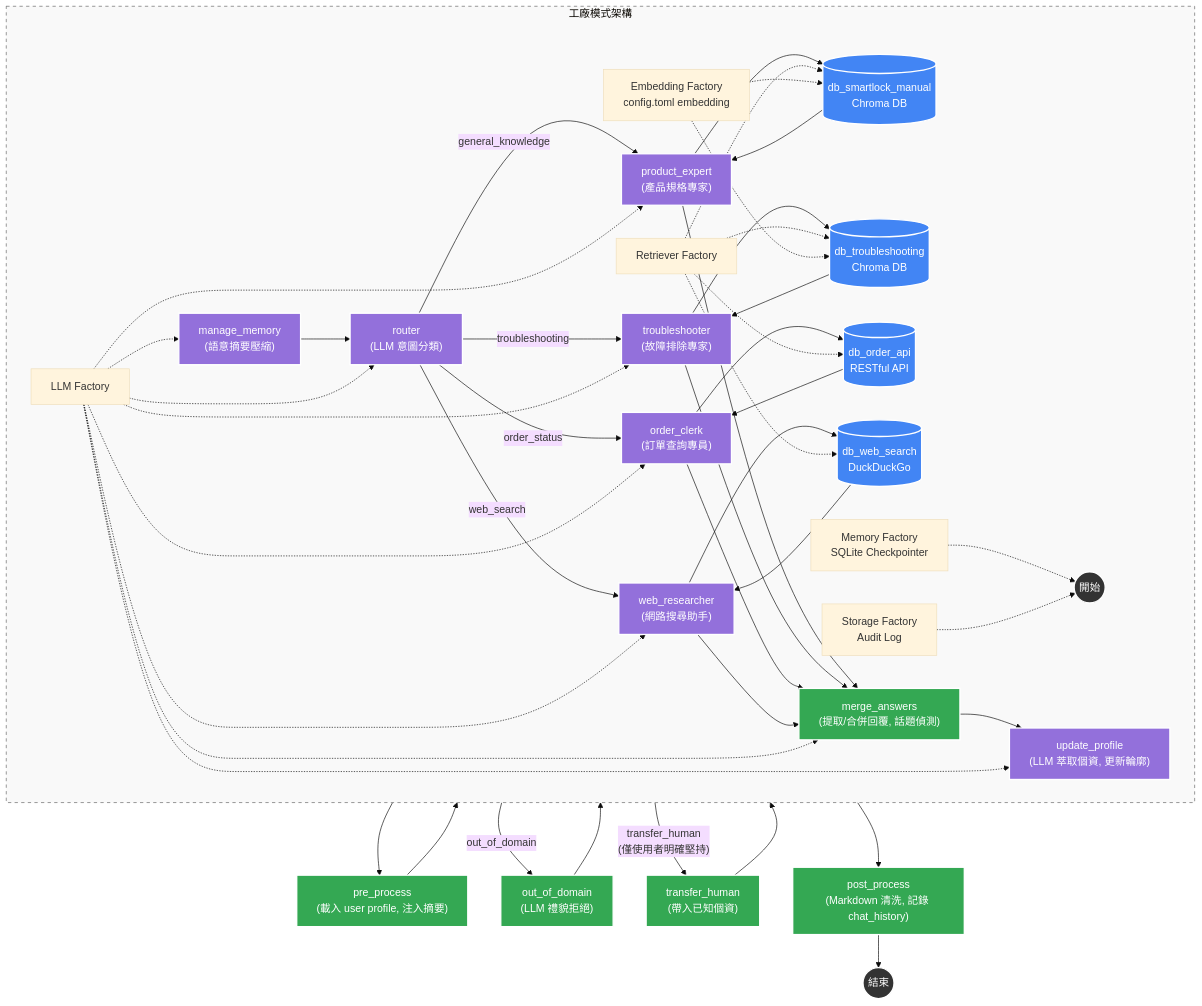
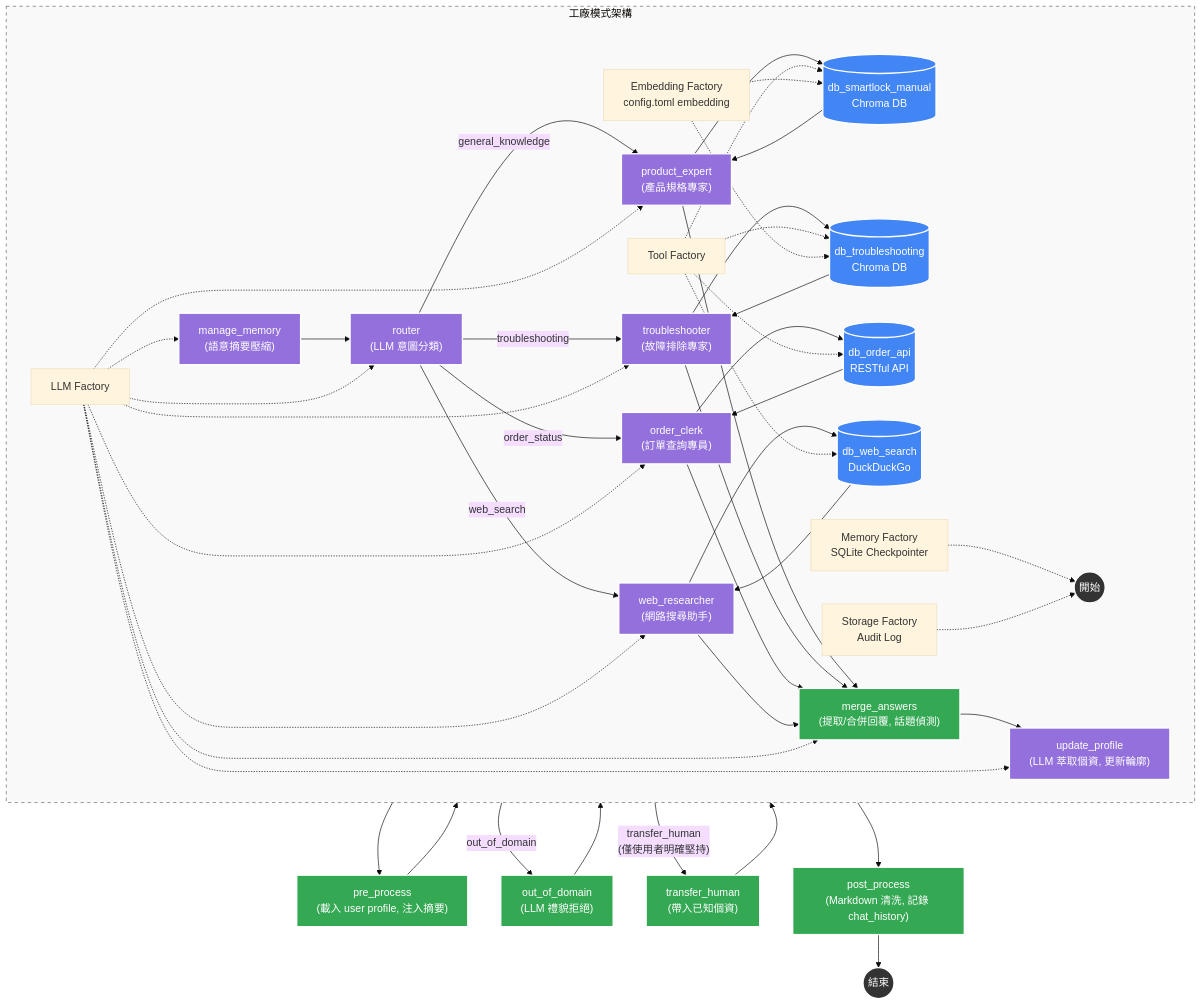
One commit to Imding1211/lock_AI_Agent changed the first of 4 diagrams in docs/manuals/系統架構與流程圖.md. Above: the diagram before and after it, drawn with Mermaid (base theme). The commit also changed other lines of this file and 15 other files, not shown here.

````diff
--- a/docs/manuals/系統架構與流程圖.md
+++ b/docs/manuals/系統架構與流程圖.md
@@ -3,58 +3,58 @@
 ```mermaid
 graph TD
     %% 節點樣式定義
     classDef startEnd fill:#333,stroke:#fff,stroke-width:2px,color:#fff;
     classDef llmNode fill:#9370DB,stroke:#fff,stroke-width:2px,color:#fff;
     classDef decision fill:#ff9900,stroke:#333,stroke-width:2px;
     classDef dbNode fill:#4285f4,stroke:#fff,stroke-width:2px,color:#fff;
     classDef actionNode fill:#34a853,stroke:#fff,stroke-width:2px,color:#fff;
     classDef note fill:#f9f9f9,stroke:#666,stroke-dasharray: 5 5;
 
     %% 核心流程
     START((開始)):::startEnd --> pre_process["pre_process<br/>(載入 user profile, 注入摘要)"]:::actionNode
     pre_process --> manage_memory["manage_memory<br/>(語意摘要壓縮)"]:::llmNode
     manage_memory --> router["router<br/>(LLM 意圖分類)"]:::llmNode
 
     %% 意圖分流（Send() fan-out，多意圖可平行派發）
     router -- "general_knowledge" --> PE["product_expert<br/>(產品規格專家)"]:::llmNode
     router -- "troubleshooting" --> TS["troubleshooter<br/>(故障排除專家)"]:::llmNode
     router -- "order_status" --> OC["order_clerk<br/>(訂單查詢專員)"]:::llmNode
     router -- "web_search" --> WR["web_researcher<br/>(網路搜尋助手)"]:::llmNode
     router -- "out_of_domain" --> OOD["out_of_domain<br/>(LLM 禮貌拒絕)"]:::actionNode
     router -- "transfer_human<br/>(僅使用者明確堅持)" --> HUMAN["transfer_human<br/>(帶入已知個資)"]:::actionNode
 
     %% Agent 子圖（agent_llm ↔ tool_node 迴圈）
     PE --> PE_TOOL[("db_smartlock_manual<br/>Chroma DB")]:::dbNode
     TS --> TS_TOOL[("db_troubleshooting<br/>Chroma DB")]:::dbNode
     OC --> OC_TOOL[("db_order_api<br/>RESTful API")]:::dbNode
     WR --> WR_TOOL[("db_web_search<br/>DuckDuckGo")]:::dbNode
 
     PE_TOOL --> PE
     TS_TOOL --> TS
     OC_TOOL --> OC
     WR_TOOL --> WR
 
     %% 匯流
     PE --> merge_answers["merge_answers<br/>(提取/合併回覆, 話題偵測)"]:::actionNode
     TS --> merge_answers
     OC --> merge_answers
     WR --> merge_answers
     OOD --> merge_answers
     HUMAN --> merge_answers
 
     merge_answers --> update_profile["update_profile<br/>(LLM 萃取個資, 更新輪廓)"]:::llmNode
     update_profile --> post_process["post_process<br/>(Markdown 清洗, 記錄 chat_history)"]:::actionNode
     post_process --> END((結束)):::startEnd
 
     %% 底層支援
     subgraph Support_Layer [工廠模式架構]
         direction LR
         f1[LLM Factory] -.-> manage_memory & router & PE & TS & OC & WR & merge_answers & update_profile
         f2[Memory Factory<br/>SQLite Checkpointer] -.-> START
-        f3[Retriever Factory] -.-> PE_TOOL & TS_TOOL & OC_TOOL & WR_TOOL
+        f3[Tool Factory] -.-> PE_TOOL & TS_TOOL & OC_TOOL & WR_TOOL
         f4[Storage Factory<br/>Audit Log] -.-> START
         f5[Embedding Factory<br/>config.toml embedding] -.-> PE_TOOL & TS_TOOL
     end
     class Support_Layer note
 
 ```
````
